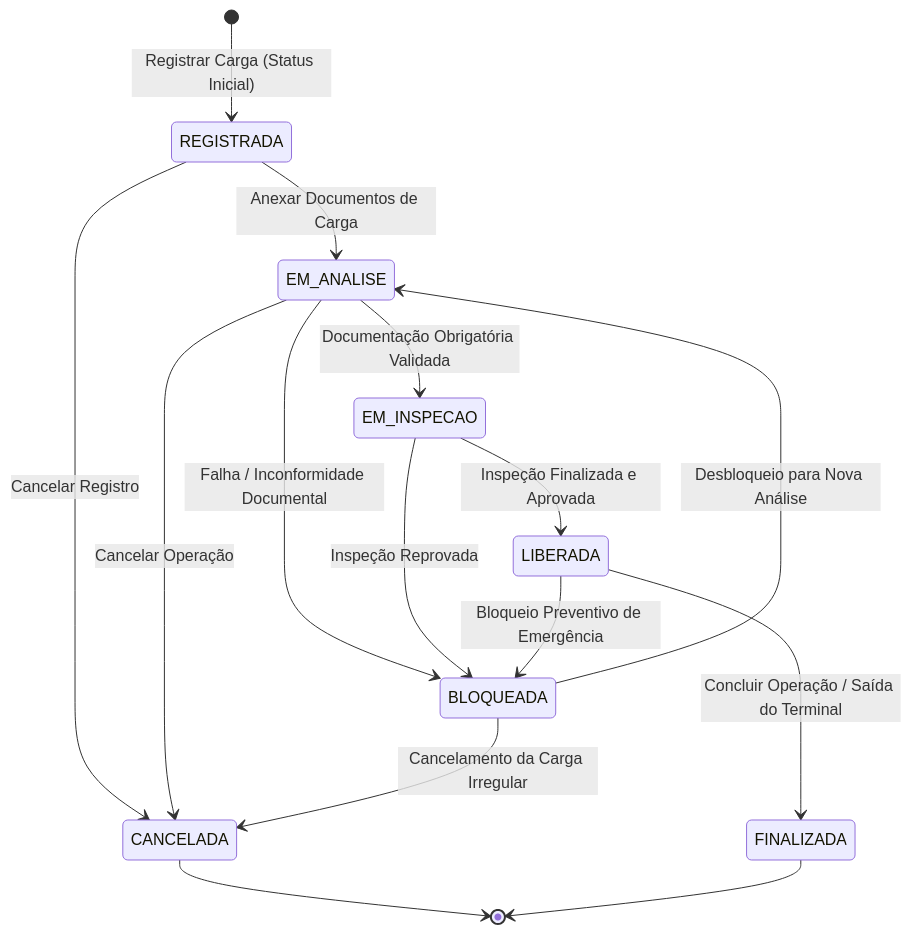
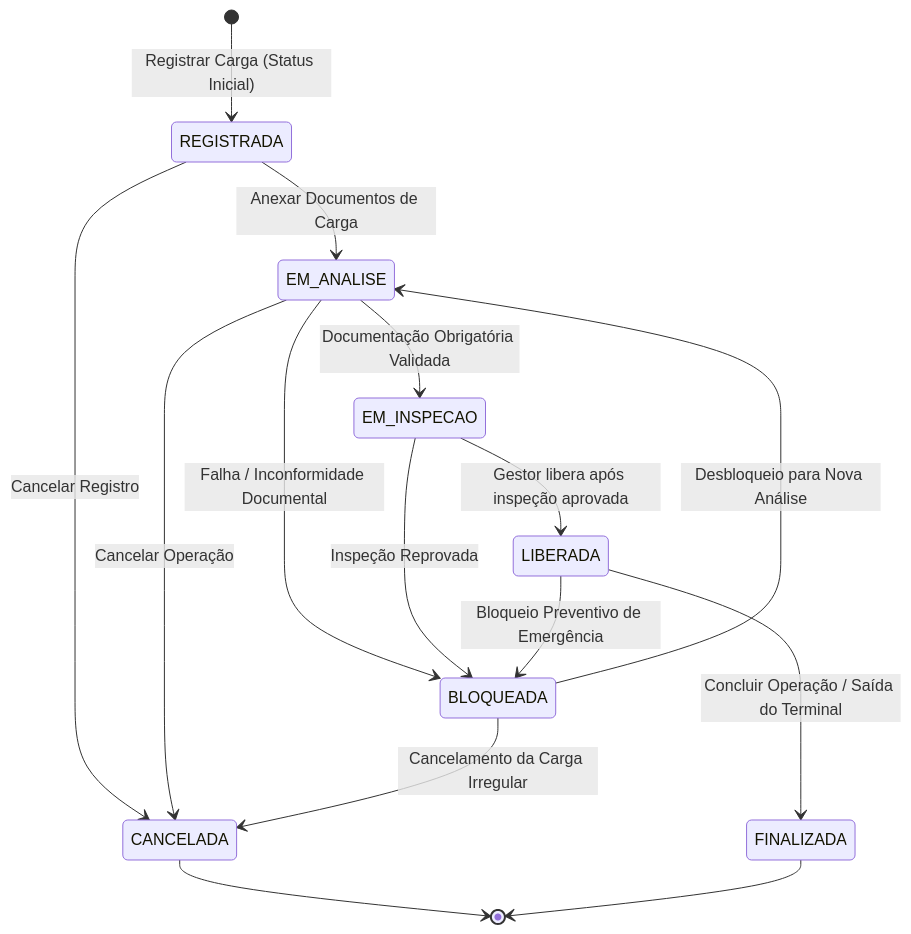
The second of 2 diagrams in docs/3_casos_de_uso.md (gabrixlzdev/QuimiPort), drawn with Mermaid before and after one commit. The commit also changed other lines of this file and 7 other files, not shown here.

Commit message:
feat: Dominio Responsavel Tecnico, Clean Architect e detalhamento de testes

````diff
--- a/docs/3_casos_de_uso.md
+++ b/docs/3_casos_de_uso.md
@@ -192,23 +192,23 @@
 ```mermaid
 stateDiagram-v2
     [*] --> REGISTRADA: Registrar Carga (Status Inicial)
 
     REGISTRADA --> EM_ANALISE: Anexar Documentos de Carga
     REGISTRADA --> CANCELADA: Cancelar Registro
 
     EM_ANALISE --> EM_INSPECAO: Documentação Obrigatória Validada
     EM_ANALISE --> BLOQUEADA: Falha / Inconformidade Documental
     EM_ANALISE --> CANCELADA: Cancelar Operação
 
-    EM_INSPECAO --> LIBERADA: Inspeção Finalizada e Aprovada
+    EM_INSPECAO --> LIBERADA: Gestor libera após inspeção aprovada
     EM_INSPECAO --> BLOQUEADA: Inspeção Reprovada
 
     BLOQUEADA --> EM_ANALISE: Desbloqueio para Nova Análise
     BLOQUEADA --> CANCELADA: Cancelamento da Carga Irregular
 
     LIBERADA --> FINALIZADA: Concluir Operação / Saída do Terminal
     LIBERADA --> BLOQUEADA: Bloqueio Preventivo de Emergência
 
     CANCELADA --> [*]
     FINALIZADA --> [*]
 ```
````
